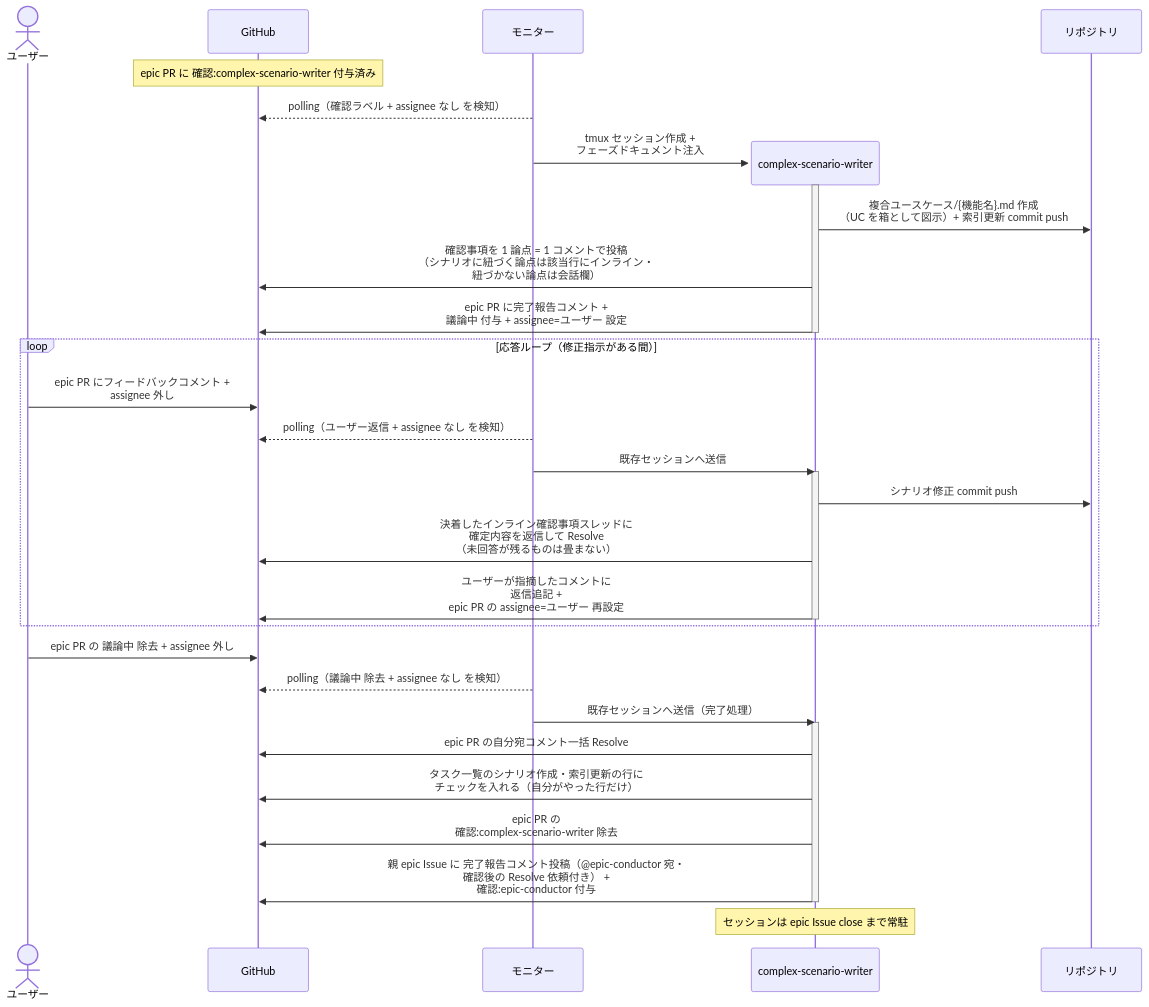
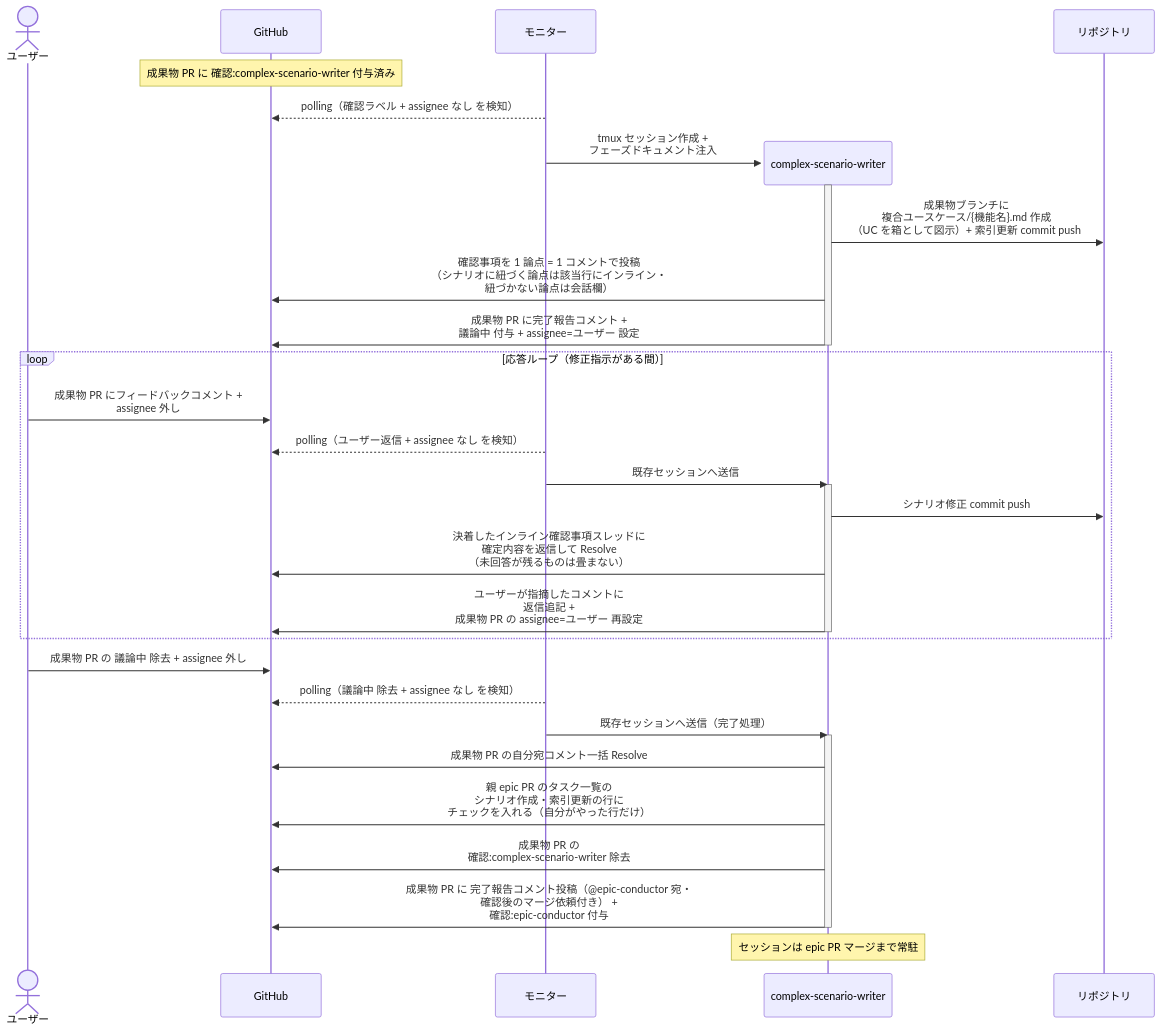
The first of 3 diagrams in docs/wiki/設計図/シナリオ/単一ユースケース/複合シナリオ設計.md (shuhei1101/ai-monitor), drawn with Mermaid before and after one commit. The commit also changed other lines of this file and 256 other files, not shown here.

````diff
--- a/docs/wiki/設計図/シナリオ/単一ユースケース/複合シナリオ設計.md
+++ b/docs/wiki/設計図/シナリオ/単一ユースケース/複合シナリオ設計.md
@@ -27,39 +27,39 @@
 ```mermaid
 sequenceDiagram
   actor U as ユーザー
   participant GH as GitHub
   participant ORC as モニター
 
-  Note over GH: epic PR に 確認:complex-scenario-writer 付与済み
+  Note over GH: 成果物 PR に 確認:complex-scenario-writer 付与済み
   ORC-->>GH: polling（確認ラベル + assignee なし を検知）
   create participant MON as complex-scenario-writer
   ORC->>MON: tmux セッション作成 +<br>フェーズドキュメント注入
   participant REPO as リポジトリ
   activate MON
-  MON->>REPO: 複合ユースケース/{機能名}.md 作成<br>（UC を箱として図示）+ 索引更新 commit push
+  MON->>REPO: 成果物ブランチに<br>複合ユースケース/{機能名}.md 作成<br>（UC を箱として図示）+ 索引更新 commit push
   MON->>GH: 確認事項を 1 論点 = 1 コメントで投稿<br>（シナリオに紐づく論点は該当行にインライン・<br>紐づかない論点は会話欄）
-  MON->>GH: epic PR に完了報告コメント +<br>議論中 付与 + assignee=ユーザー 設定
+  MON->>GH: 成果物 PR に完了報告コメント +<br>議論中 付与 + assignee=ユーザー 設定
   deactivate MON
 
   loop 応答ループ（修正指示がある間）
-    U->>GH: epic PR にフィードバックコメント +<br>assignee 外し
+    U->>GH: 成果物 PR にフィードバックコメント +<br>assignee 外し
     ORC-->>GH: polling（ユーザー返信 + assignee なし を検知）
     ORC->>MON: 既存セッションへ送信
     activate MON
     MON->>REPO: シナリオ修正 commit push
     MON->>GH: 決着したインライン確認事項スレッドに<br>確定内容を返信して Resolve<br>（未回答が残るものは畳まない）
-    MON->>GH: ユーザーが指摘したコメントに<br>返信追記 +<br>epic PR の assignee=ユーザー 再設定
+    MON->>GH: ユーザーが指摘したコメントに<br>返信追記 +<br>成果物 PR の assignee=ユーザー 再設定
     deactivate MON
   end
 
-  U->>GH: epic PR の 議論中 除去 + assignee 外し
+  U->>GH: 成果物 PR の 議論中 除去 + assignee 外し
   ORC-->>GH: polling（議論中 除去 + assignee なし を検知）
   ORC->>MON: 既存セッションへ送信（完了処理）
   activate MON
-  MON->>GH: epic PR の自分宛コメント一括 Resolve
-  MON->>GH: タスク一覧のシナリオ作成・索引更新の行に<br>チェックを入れる（自分がやった行だけ）
-  MON->>GH: epic PR の<br>確認:complex-scenario-writer 除去
-  MON->>GH: 親 epic Issue に 完了報告コメント投稿（@epic-conductor 宛・<br>確認後の Resolve 依頼付き） +<br>確認:epic-conductor 付与
+  MON->>GH: 成果物 PR の自分宛コメント一括 Resolve
+  MON->>GH: 親 epic PR のタスク一覧の<br>シナリオ作成・索引更新の行に<br>チェックを入れる（自分がやった行だけ）
+  MON->>GH: 成果物 PR の<br>確認:complex-scenario-writer 除去
+  MON->>GH: 成果物 PR に 完了報告コメント投稿（@epic-conductor 宛・<br>確認後のマージ依頼付き） +<br>確認:epic-conductor 付与
   deactivate MON
-  Note over MON: セッションは epic Issue close まで常駐
+  Note over MON: セッションは epic PR マージまで常駐
 ```
````
